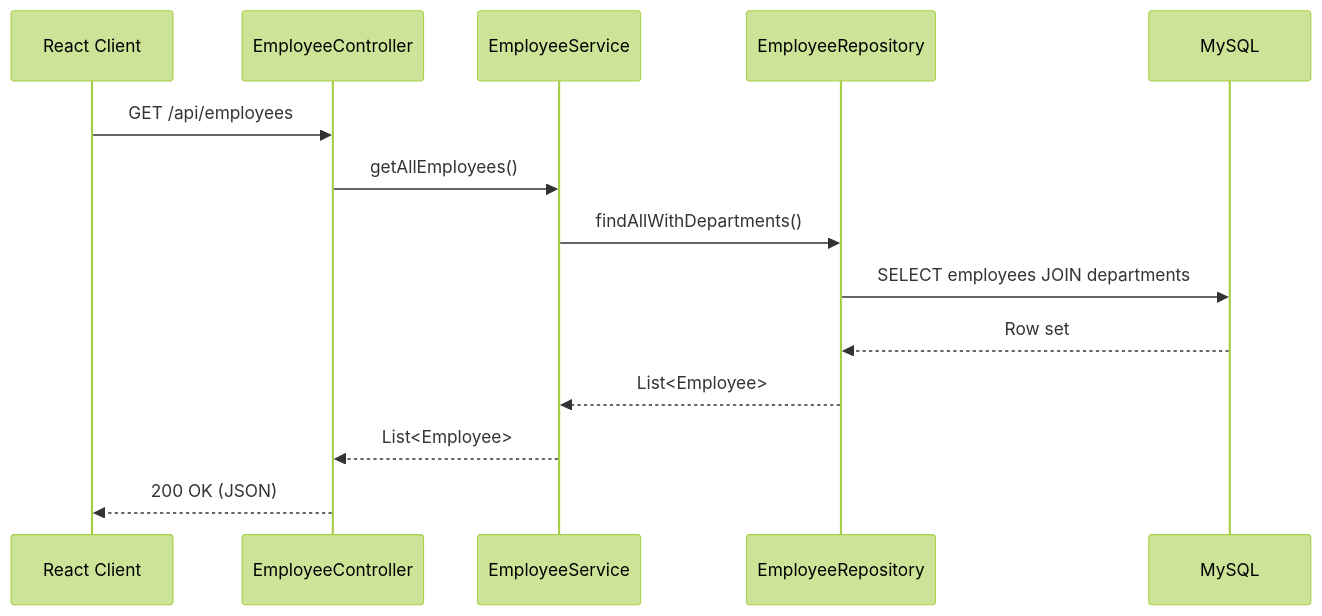
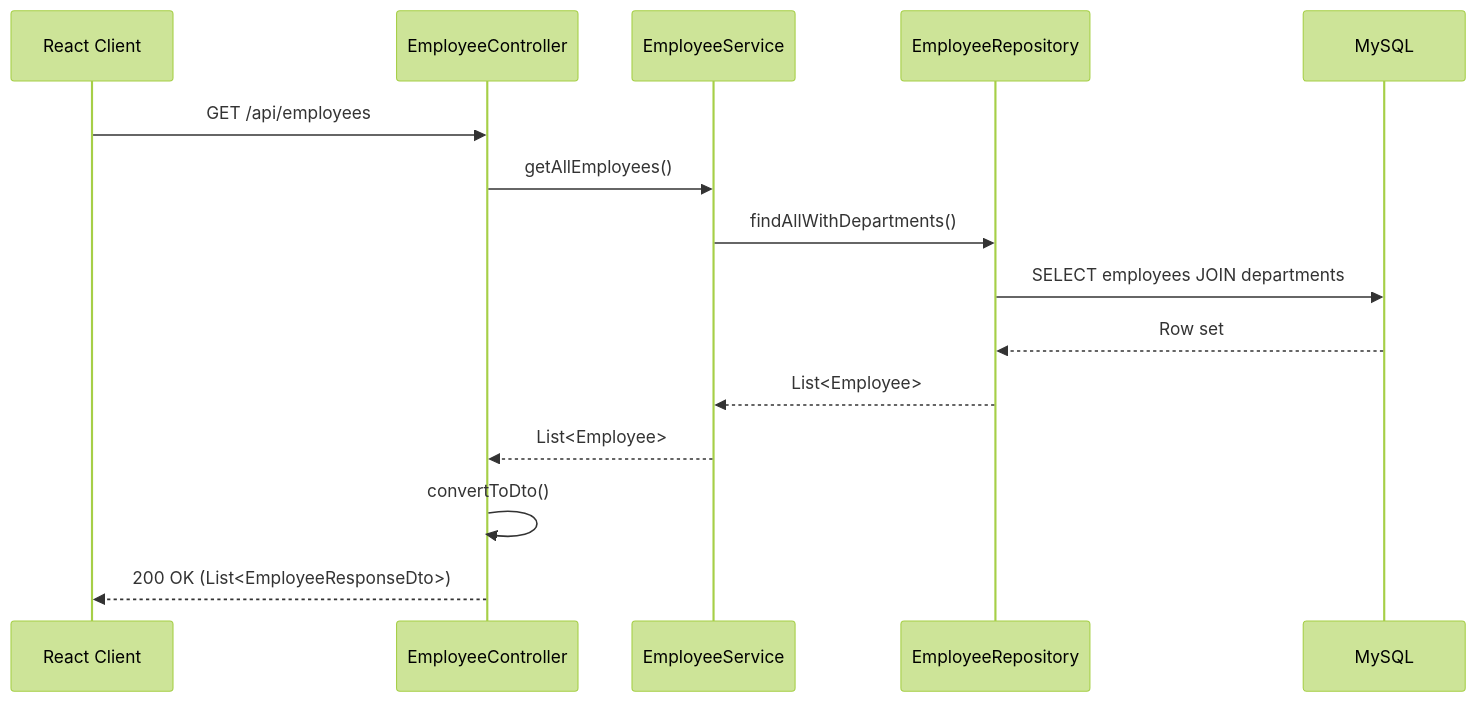
One commit to hoangsonww/Employee-Management-Fullstack-App changed the second of 5 diagrams in ARCHITECTURE.md. Above: the diagram before and after it, drawn with Mermaid (forest theme). The commit also changed other lines of this file and 121 other files, not shown here.

````diff
--- a/ARCHITECTURE.md
+++ b/ARCHITECTURE.md
@@ -101,17 +120,18 @@
 ```mermaid
 sequenceDiagram
     participant UI as React Client
     participant Ctrl as EmployeeController
     participant Svc as EmployeeService
     participant Repo as EmployeeRepository
     participant DB as MySQL
 
     UI->>Ctrl: GET /api/employees
     Ctrl->>Svc: getAllEmployees()
     Svc->>Repo: findAllWithDepartments()
     Repo->>DB: SELECT employees JOIN departments
     DB-->>Repo: Row set
     Repo-->>Svc: List<Employee>
     Svc-->>Ctrl: List<Employee>
-    Ctrl-->>UI: 200 OK (JSON)
+    Ctrl->>Ctrl: convertToDto()
+    Ctrl-->>UI: 200 OK (List<EmployeeResponseDto>)
 ```
````
